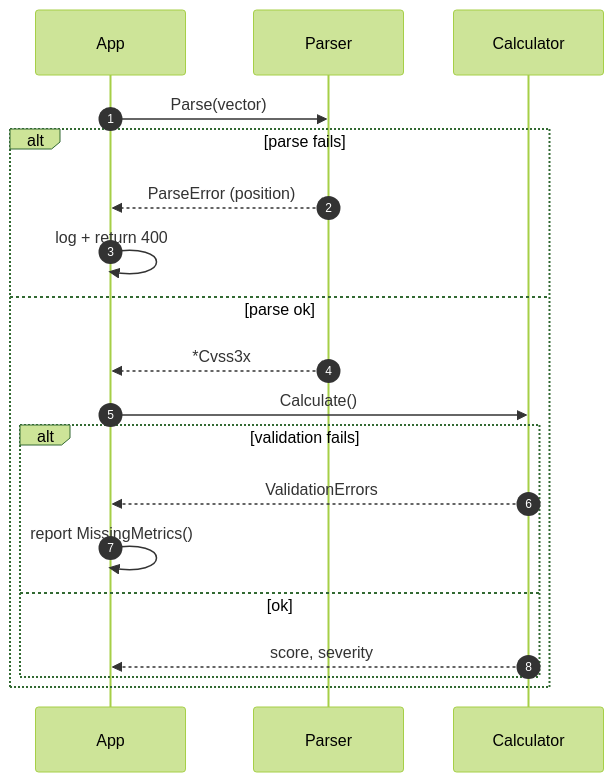
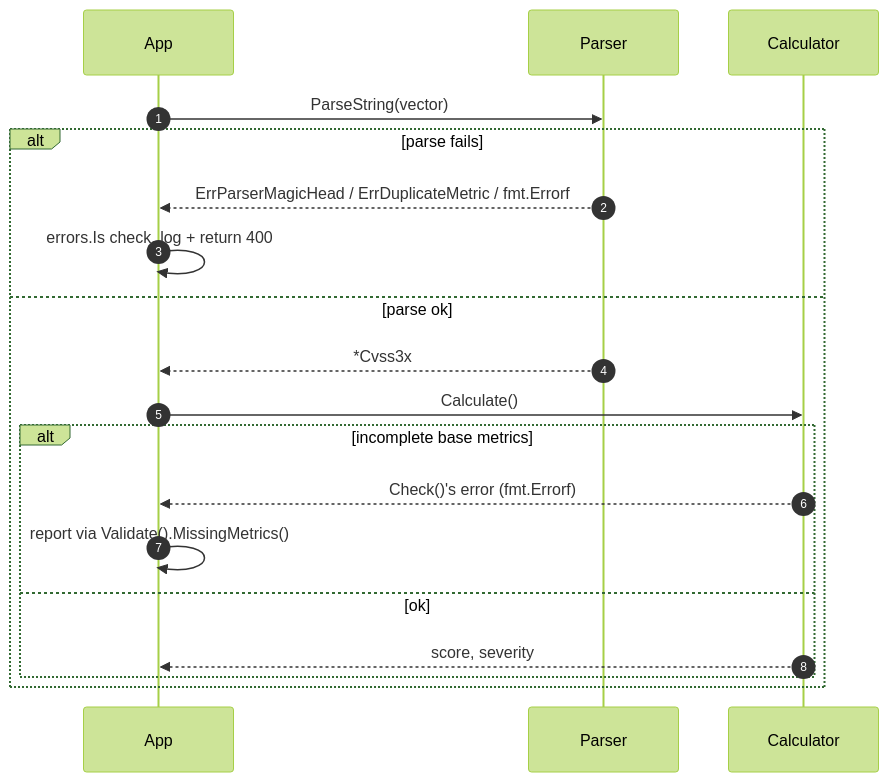
The second of 2 diagrams in docs/api/error-handling.md (scagogogo/cvss), drawn with Mermaid (forest theme) before and after one commit. The commit also changed other lines of this file, not shown here.

````diff
--- a/docs/api/error-handling.md
+++ b/docs/api/error-handling.md
@@ -30,21 +27,21 @@
 ```mermaid
 sequenceDiagram
     autonumber
     participant App
     participant Parser
     participant Calc as Calculator
-    App->>Parser: Parse(vector)
+    App->>Parser: ParseString(vector)
     alt parse fails
-        Parser-->>App: ParseError (position)
-        App->>App: log + return 400
+        Parser-->>App: ErrParserMagicHead / ErrDuplicateMetric / fmt.Errorf
+        App->>App: errors.Is check, log + return 400
     else parse ok
         Parser-->>App: *Cvss3x
         App->>Calc: Calculate()
-        alt validation fails
-            Calc-->>App: ValidationErrors
-            App->>App: report MissingMetrics()
+        alt incomplete base metrics
+            Calc-->>App: Check()'s error (fmt.Errorf)
+            App->>App: report via Validate().MissingMetrics()
         else ok
             Calc-->>App: score, severity
         end
     end
 ```
````
